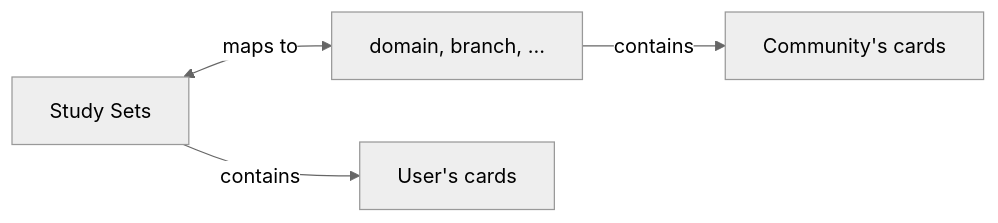
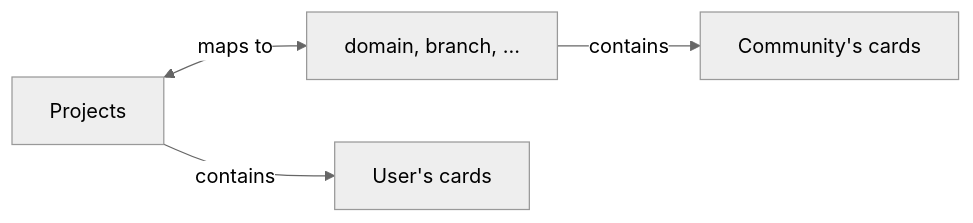
The diagram in documents/notes.mmd (ngockt/fe-noteapp-reactjs), drawn with Mermaid (neutral theme) before and after one commit. The commit also changed 4 other files, not shown here.

Commit message:
study set -> projects

```diff
--- a/documents/notes.mmd
+++ b/documents/notes.mmd
@@ -1,6 +1,6 @@
 flowchart LR
 
-SS[Study Sets] <-->|maps to| N[domain, branch, ...]
+SS[Projects] <-->|maps to| N[domain, branch, ...]
 
 SS --> |contains| UC[User's cards]
 N-->|contains| CC[Community's cards]
```
